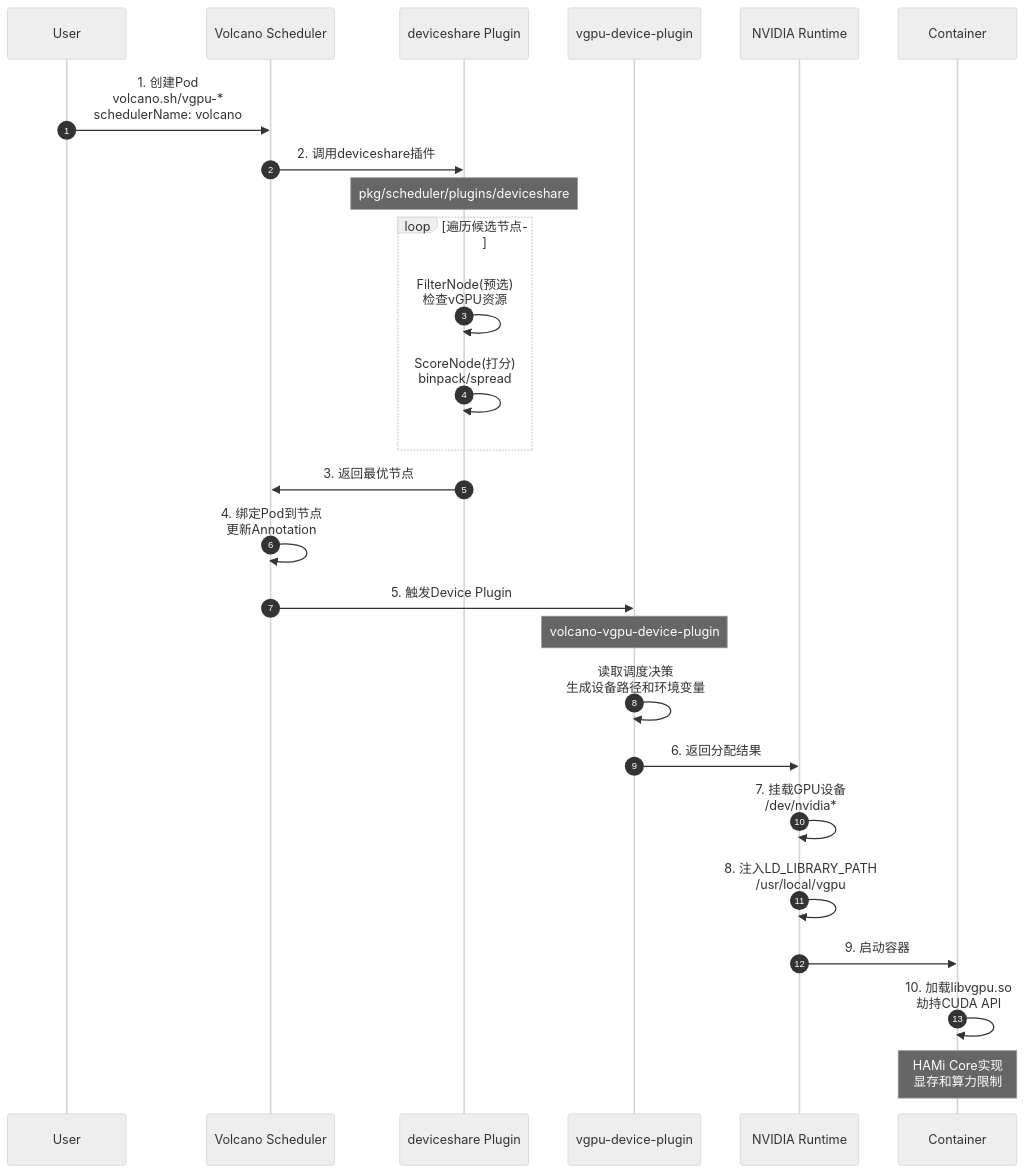
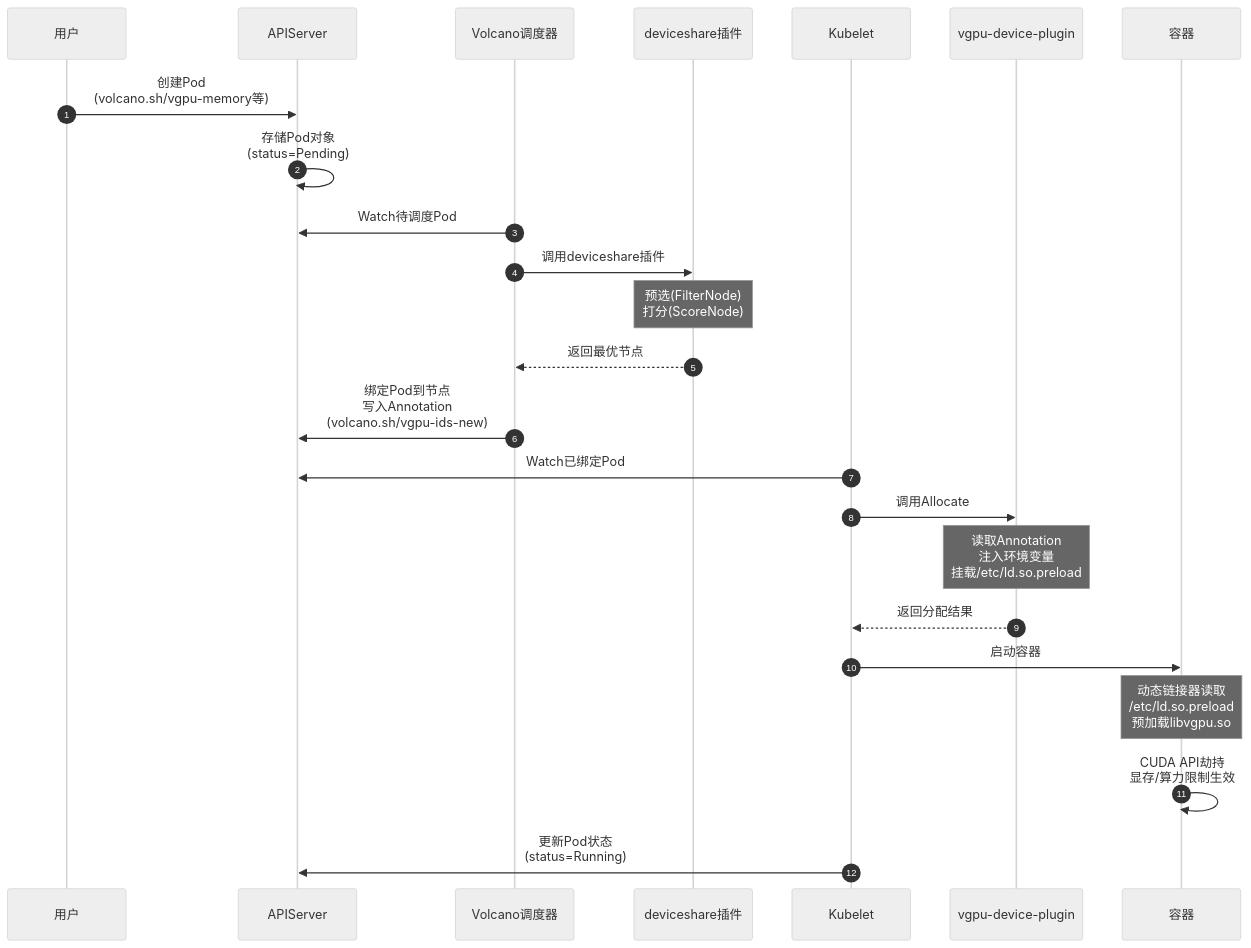
Before and after one commit to gqcn/johns-blog: the diagram in docs/docs/1000-AI技术/500-vGPU/2500-HAMi With Volcano.md, drawn with Mermaid (neutral theme). The commit also changed other lines of this file and 6 other files, not shown here.

````diff
--- a/docs/docs/1000-AI技术/500-vGPU/2500-HAMi With Volcano.md
+++ b/docs/docs/1000-AI技术/500-vGPU/2500-HAMi With Volcano.md
@@ -45,35 +47,33 @@
 ```mermaid
 sequenceDiagram
     autonumber
-    participant User as User
-    participant Scheduler as Volcano Scheduler
-    participant DP as deviceshare Plugin
+    participant User as 用户
+    participant API as APIServer
+    participant Scheduler as Volcano调度器
+    participant DP as deviceshare插件
+    participant Kubelet as Kubelet
     participant DevPlugin as vgpu-device-plugin
-    participant Runtime as NVIDIA Runtime
-    participant Container as Container
+    participant Container as 容器
 
-    User->>Scheduler: 1. 创建Pod<br/>volcano.sh/vgpu-*<br/>schedulerName: volcano
+    User->>API: 创建Pod<br/>(volcano.sh/vgpu-memory等)
+    API->>API: 存储Pod对象<br/>(status=Pending)
     
-    Scheduler->>DP: 2. 调用deviceshare插件
-    Note over DP: pkg/scheduler/plugins/deviceshare
+    Scheduler->>API: Watch待调度Pod
+    Scheduler->>DP: 调用deviceshare插件
+    Note over DP: 预选(FilterNode)<br/>打分(ScoreNode)
+    DP-->>Scheduler: 返回最优节点
     
-    loop 遍历候选节点
-        DP->>DP: FilterNode(预选)<br/>检查vGPU资源
-        DP->>DP: ScoreNode(打分)<br/>binpack/spread
-    end
+    Scheduler->>API: 绑定Pod到节点<br/>写入Annotation<br/>(volcano.sh/vgpu-ids-new)
     
-    DP->>Scheduler: 3. 返回最优节点
-    Scheduler->>Scheduler: 4. 绑定Pod到节点<br/>更新Annotation
+    Kubelet->>API: Watch已绑定Pod
+    Kubelet->>DevPlugin: 调用Allocate
+    Note over DevPlugin: 读取Annotation<br/>注入环境变量<br/>挂载/etc/ld.so.preload
+    DevPlugin-->>Kubelet: 返回分配结果
     
-    Scheduler->>DevPlugin: 5. 触发Device Plugin
-    Note over DevPlugin: volcano-vgpu-device-plugin
-    DevPlugin->>DevPlugin: 读取调度决策<br/>生成设备路径和环境变量
-    DevPlugin->>Runtime: 6. 返回分配结果
+    Kubelet->>Container: 启动容器
+    Note over Container: 动态链接器读取<br/>/etc/ld.so.preload<br/>预加载libvgpu.so
     
-    Runtime->>Runtime: 7. 挂载GPU设备<br/>/dev/nvidia*
-    Runtime->>Runtime: 8. 注入LD_LIBRARY_PATH<br/>/usr/local/vgpu
-    Runtime->>Container: 9. 启动容器
+    Container->>Container: CUDA API劫持<br/>显存/算力限制生效
     
-    Container->>Container: 10. 加载libvgpu.so<br/>劫持CUDA API
-    Note over Container: HAMi Core实现<br/>显存和算力限制
+    Kubelet->>API: 更新Pod状态<br/>(status=Running)
 ```
````
